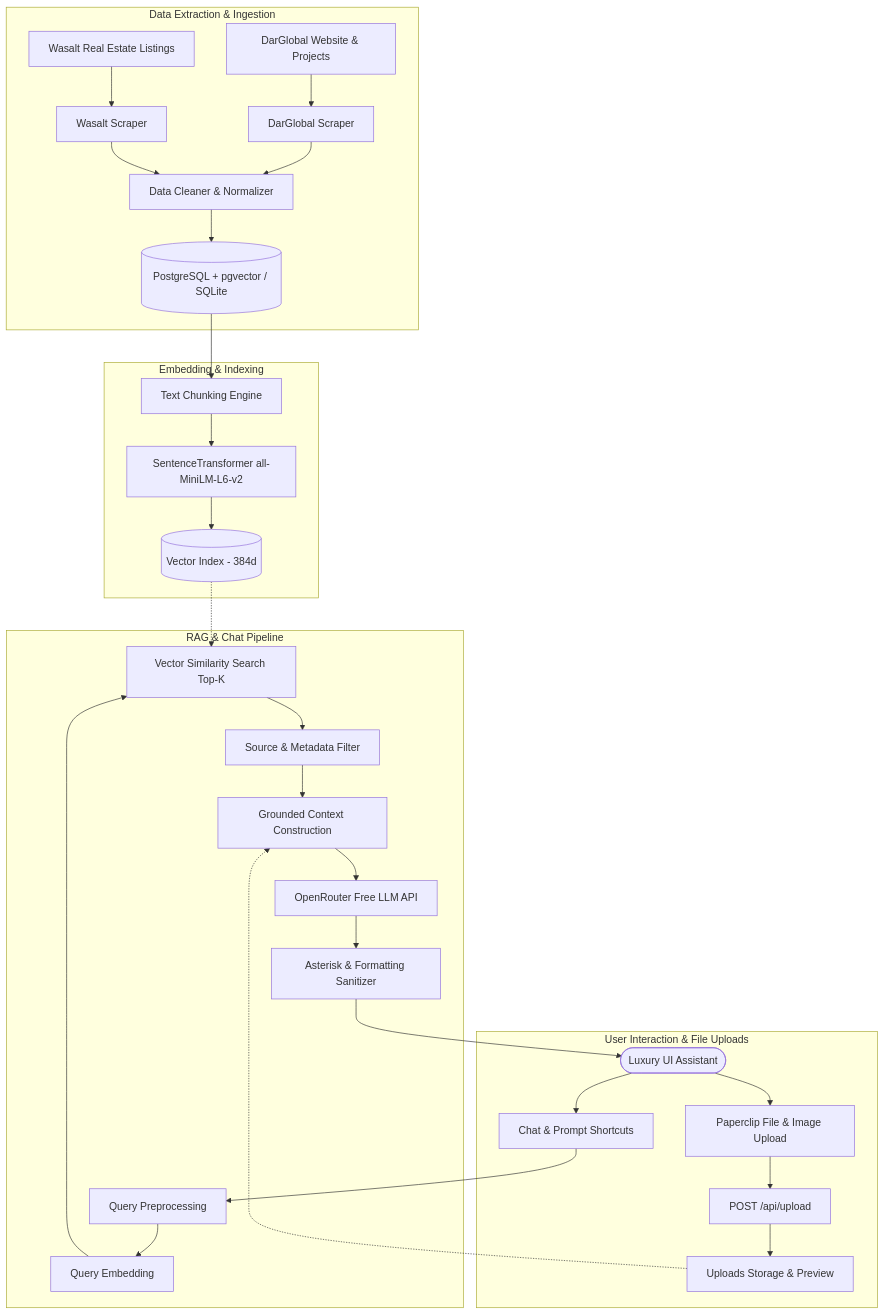
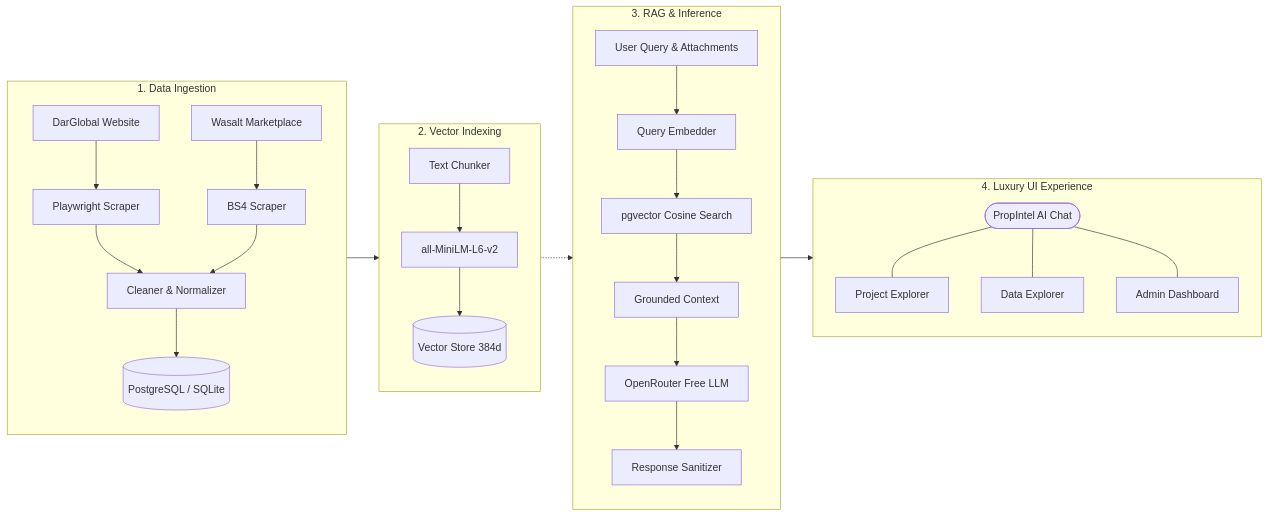
Before and after one commit to jaya-sri6/PropIntel-AI-Real-Estate-Assistant: the diagram in README.md, drawn with Mermaid.

Commit message:
docs: modernize architecture diagram into clean horizontal layout

````diff
--- a/README.md
+++ b/README.md
@@ -9,36 +9,41 @@
 ```mermaid
-flowchart TD
-    subgraph S1["Data Extraction & Ingestion"]
-        DG["DarGlobal Website & Projects"] --> DGS["DarGlobal Scraper"]
-        WS["Wasalt Real Estate Listings"] --> WSS["Wasalt Scraper"]
-        DGS --> DC["Data Cleaner & Normalizer"]
+flowchart LR
+    subgraph S1["1. Data Ingestion"]
+        direction TB
+        DG["DarGlobal Website"] --> DGS["Playwright Scraper"]
+        WS["Wasalt Marketplace"] --> WSS["BS4 Scraper"]
+        DGS --> DC["Cleaner & Normalizer"]
         WSS --> DC
-        DC --> DB[("PostgreSQL + pgvector / SQLite")]
+        DC --> DB[("PostgreSQL / SQLite")]
     end
 
-    subgraph S2["Embedding & Indexing"]
-        DB --> TC["Text Chunking Engine"]
-        TC --> EMB["SentenceTransformer all-MiniLM-L6-v2"]
-        EMB --> VEC[("Vector Index - 384d")]
+    subgraph S2["2. Vector Indexing"]
+        direction TB
+        TC["Text Chunker"] --> EMB["all-MiniLM-L6-v2"]
+        EMB --> VEC[("Vector Store 384d")]
     end
 
-    subgraph S3["User Interaction & File Uploads"]
-        UI(["Luxury UI Assistant"]) --> Chat["Chat & Prompt Shortcuts"]
-        UI --> Upload["Paperclip File & Image Upload"]
-        Upload --> UpAPI["POST /api/upload"]
-        UpAPI --> Static["Uploads Storage & Preview"]
+    subgraph S3["3. RAG & Inference"]
+        direction TB
+        Query["User Query & Attachments"] --> EmbedQ["Query Embedder"]
+        EmbedQ --> Ret["pgvector Cosine Search"]
+        Ret --> Ctx["Grounded Context"]
+        Ctx --> LLM["OpenRouter Free LLM"]
+        LLM --> Clean["Response Sanitizer"]
     end
 
-    subgraph S4["RAG & Chat Pipeline"]
-        Chat --> Pre["Query Preprocessing"]
-        Pre --> QEmb["Query Embedding"]
-        QEmb --> Ret["Vector Similarity Search Top-K"]
-        VEC -.-> Ret
-        Ret --> Filter["Source & Metadata Filter"]
-        Filter --> Ctx["Grounded Context Construction"]
-        Static -.-> Ctx
-        Ctx --> LLM["OpenRouter Free LLM API"]
-        LLM --> Clean["Asterisk & Formatting Sanitizer"]
-        Clean --> UI
+    subgraph S4["4. Luxury UI Experience"]
+        direction TB
+        UI(["PropIntel AI Chat"])
+        PE["Project Explorer"]
+        DE["Data Explorer"]
+        AD["Admin Dashboard"]
+        UI --- PE
+        UI --- DE
+        UI --- AD
     end
+
+    DB --> TC
+    VEC -.-> Ret
+    Clean --> UI
 ```
````
